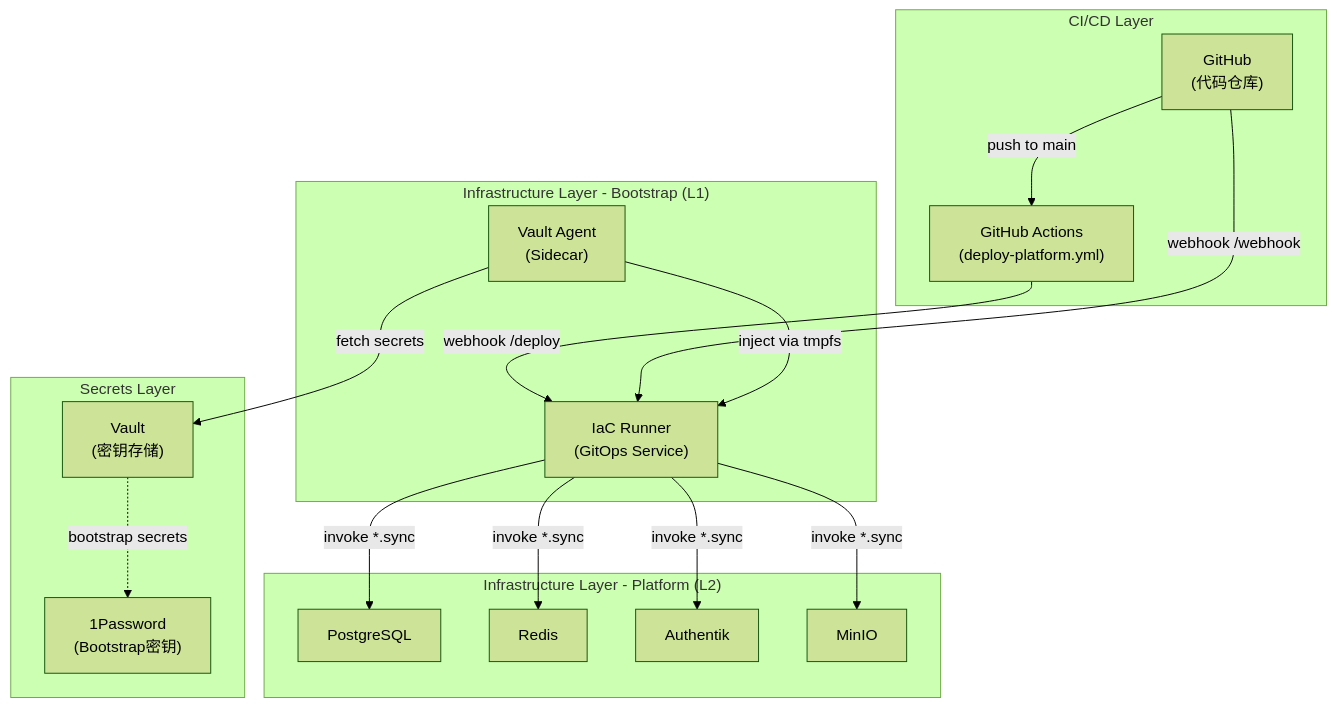
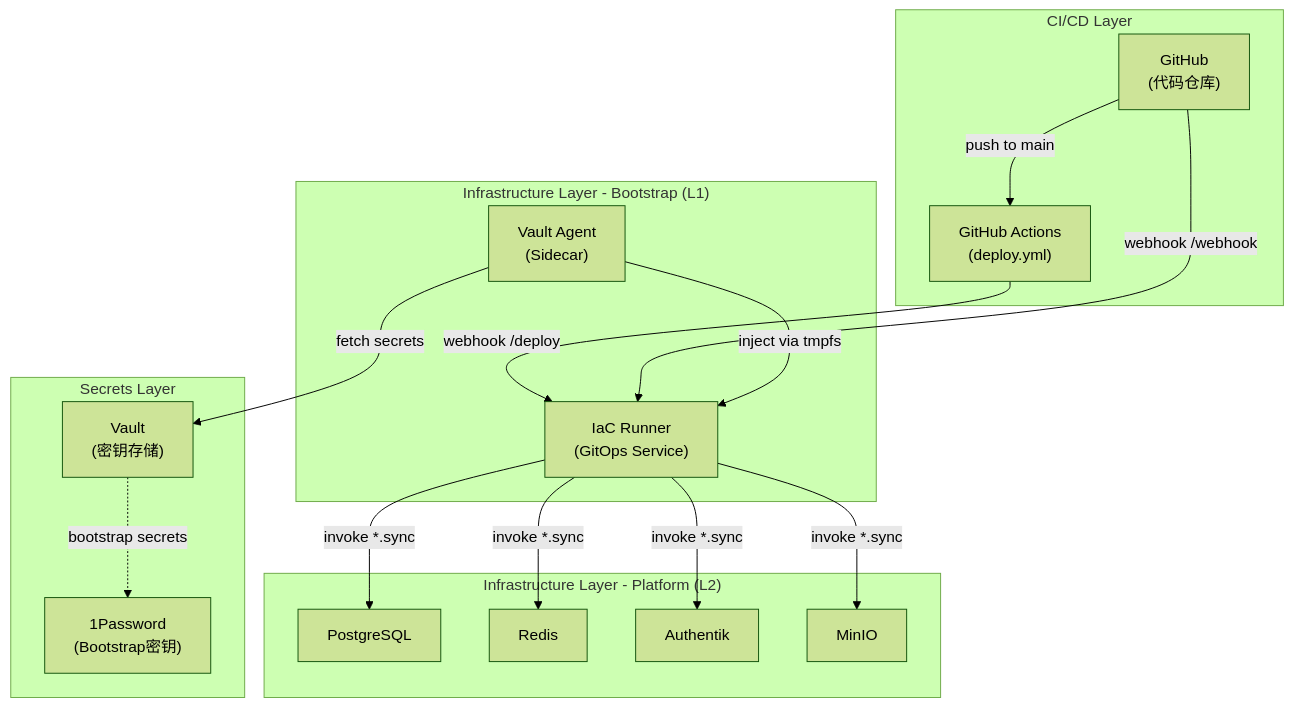
The first of 2 diagrams in docs/ssot/bootstrap.iac_runner.md (wangzitian0/infra2), drawn with Mermaid (forest theme) before and after one commit. The commit also changed other lines of this file and 33 other files, not shown here.

````diff
--- a/docs/ssot/bootstrap.iac_runner.md
+++ b/docs/ssot/bootstrap.iac_runner.md
@@ -43,38 +43,38 @@
 ```mermaid
 flowchart TB
     subgraph "Secrets Layer"
         Vault["Vault<br/>(密钥存储)"]
         1P["1Password<br/>(Bootstrap密钥)"]
     end
 
     subgraph "CI/CD Layer"
         GitHub["GitHub<br/>(代码仓库)"]
-        Actions["GitHub Actions<br/>(deploy-platform.yml)"]
+        Actions["GitHub Actions<br/>(deploy.yml)"]
     end
 
     subgraph "Infrastructure Layer - Bootstrap (L1)"
         IaCRunner["IaC Runner<br/>(GitOps Service)"]
         VaultAgent["Vault Agent<br/>(Sidecar)"]
     end
 
     subgraph "Infrastructure Layer - Platform (L2)"
         Postgres["PostgreSQL"]
         Redis["Redis"]
         Authentik["Authentik"]
         MinIO["MinIO"]
     end
 
     GitHub -->|push to main| Actions
     Actions -->|webhook /deploy| IaCRunner
     GitHub -->|webhook /webhook| IaCRunner
     
     VaultAgent -->|fetch secrets| Vault
     VaultAgent -->|inject via tmpfs| IaCRunner
     
     IaCRunner -->|invoke *.sync| Postgres
     IaCRunner -->|invoke *.sync| Redis
     IaCRunner -->|invoke *.sync| Authentik
     IaCRunner -->|invoke *.sync| MinIO
     
     Vault -.->|bootstrap secrets| 1P
 ```
````
